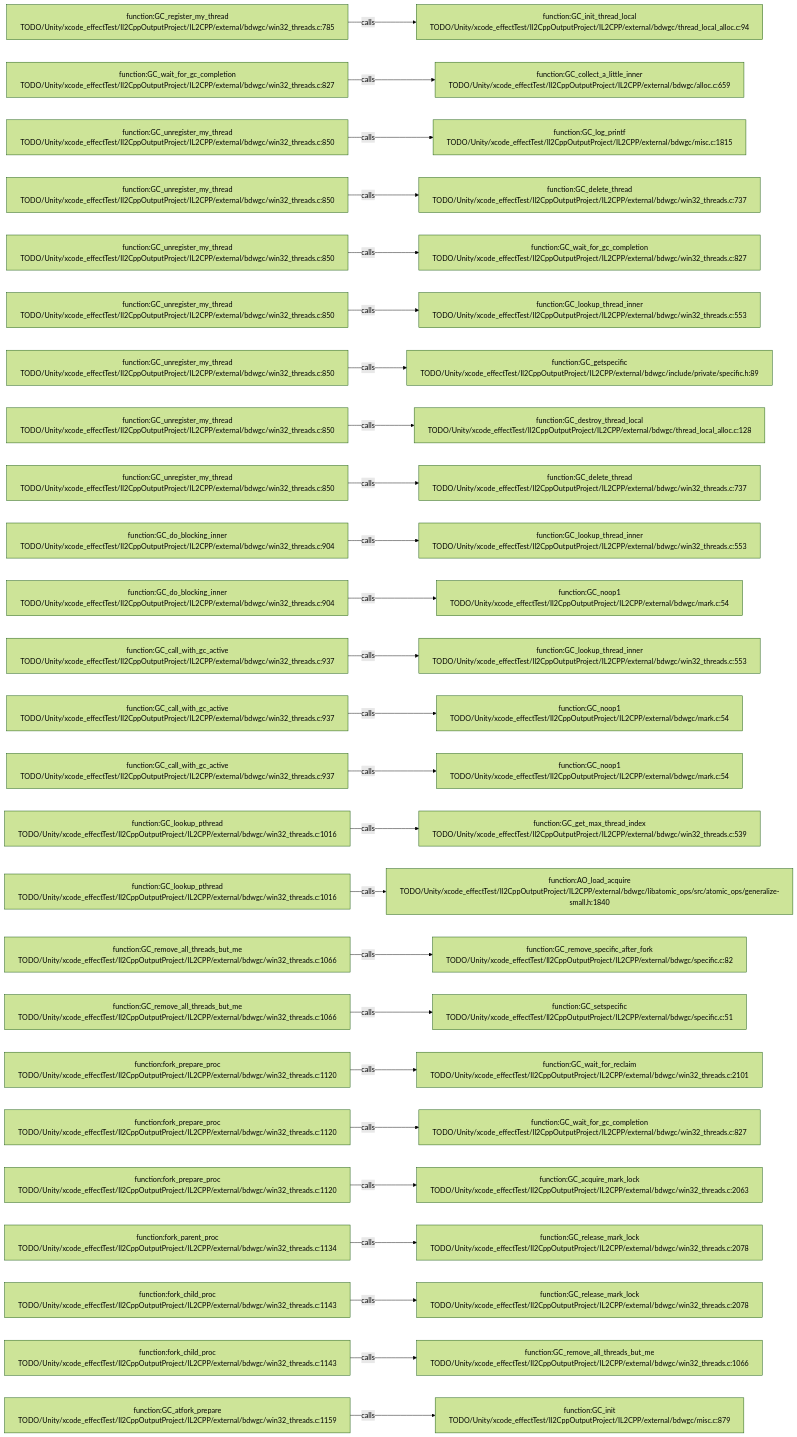
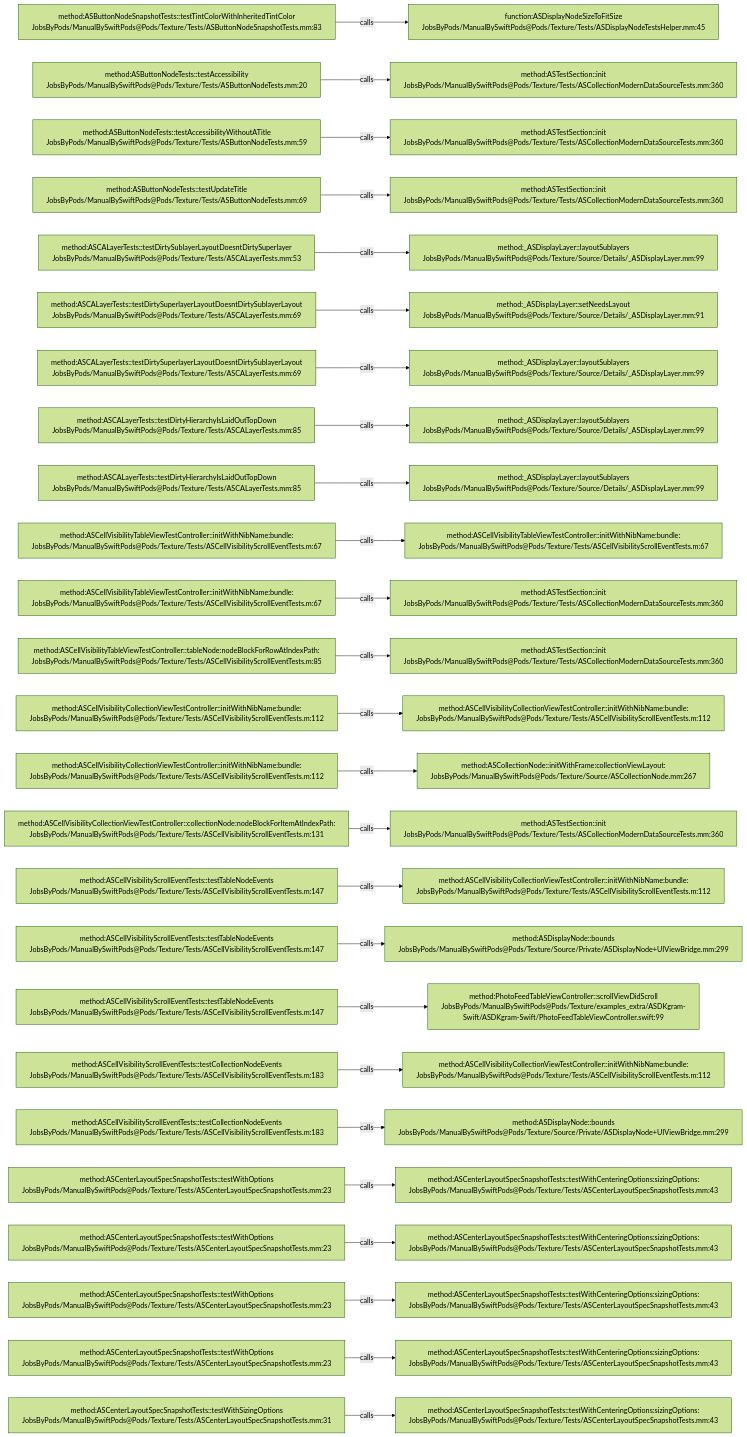
Before and after one commit to JobsKits/JobsSwiftBaseConfigDemo: the diagram in .codegraph/codegraph.md/graphs/calls-185.md, drawn with Mermaid (forest theme). The commit also changed 2959 other files, not shown here.

````diff
--- a/.codegraph/codegraph.md/graphs/calls-185.md
+++ b/.codegraph/codegraph.md/graphs/calls-185.md
@@ -13,78 +13,78 @@
 ```mermaid
 flowchart LR
-  S1["function:GC_register_my_thread<br/>TODO/Unity/xcode_effectTest/Il2CppOutputProject/IL2CPP/external/bdwgc/win32_threads.c:785"]
-  T1["function:GC_init_thread_local<br/>TODO/Unity/xcode_effectTest/Il2CppOutputProject/IL2CPP/external/bdwgc/thread_local_alloc.c:94"]
+  S1["method:ASButtonNodeSnapshotTests::testTintColorWithInheritedTintColor<br/>JobsByPods/ManualBySwiftPods@Pods/Texture/Tests/ASButtonNodeSnapshotTests.mm:83"]
+  T1["function:ASDisplayNodeSizeToFitSize<br/>JobsByPods/ManualBySwiftPods@Pods/Texture/Tests/ASDisplayNodeTestsHelper.mm:45"]
   S1 -->|calls| T1
-  S2["function:GC_wait_for_gc_completion<br/>TODO/Unity/xcode_effectTest/Il2CppOutputProject/IL2CPP/external/bdwgc/win32_threads.c:827"]
-  T2["function:GC_collect_a_little_inner<br/>TODO/Unity/xcode_effectTest/Il2CppOutputProject/IL2CPP/external/bdwgc/alloc.c:659"]
+  S2["method:ASButtonNodeTests::testAccessibility<br/>JobsByPods/ManualBySwiftPods@Pods/Texture/Tests/ASButtonNodeTests.mm:20"]
+  T2["method:ASTestSection::init<br/>JobsByPods/ManualBySwiftPods@Pods/Texture/Tests/ASCollectionModernDataSourceTests.mm:360"]
   S2 -->|calls| T2
-  S3["function:GC_unregister_my_thread<br/>TODO/Unity/xcode_effectTest/Il2CppOutputProject/IL2CPP/external/bdwgc/win32_threads.c:850"]
-  T3["function:GC_log_printf<br/>TODO/Unity/xcode_effectTest/Il2CppOutputProject/IL2CPP/external/bdwgc/misc.c:1815"]
+  S3["method:ASButtonNodeTests::testAccessibilityWithoutATitle<br/>JobsByPods/ManualBySwiftPods@Pods/Texture/Tests/ASButtonNodeTests.mm:59"]
+  T3["method:ASTestSection::init<br/>JobsByPods/ManualBySwiftPods@Pods/Texture/Tests/ASCollectionModernDataSourceTests.mm:360"]
   S3 -->|calls| T3
-  S4["function:GC_unregister_my_thread<br/>TODO/Unity/xcode_effectTest/Il2CppOutputProject/IL2CPP/external/bdwgc/win32_threads.c:850"]
-  T4["function:GC_delete_thread<br/>TODO/Unity/xcode_effectTest/Il2CppOutputProject/IL2CPP/external/bdwgc/win32_threads.c:737"]
+  S4["method:ASButtonNodeTests::testUpdateTitle<br/>JobsByPods/ManualBySwiftPods@Pods/Texture/Tests/ASButtonNodeTests.mm:69"]
+  T4["method:ASTestSection::init<br/>JobsByPods/ManualBySwiftPods@Pods/Texture/Tests/ASCollectionModernDataSourceTests.mm:360"]
   S4 -->|calls| T4
-  S5["function:GC_unregister_my_thread<br/>TODO/Unity/xcode_effectTest/Il2CppOutputProject/IL2CPP/external/bdwgc/win32_threads.c:850"]
-  T5["function:GC_wait_for_gc_completion<br/>TODO/Unity/xcode_effectTest/Il2CppOutputProject/IL2CPP/external/bdwgc/win32_threads.c:827"]
+  S5["method:ASCALayerTests::testDirtySublayerLayoutDoesntDirtySuperlayer<br/>JobsByPods/ManualBySwiftPods@Pods/Texture/Tests/ASCALayerTests.mm:53"]
+  T5["method:_ASDisplayLayer::layoutSublayers<br/>JobsByPods/ManualBySwiftPods@Pods/Texture/Source/Details/_ASDisplayLayer.mm:99"]
   S5 -->|calls| T5
-  S6["function:GC_unregister_my_thread<br/>TODO/Unity/xcode_effectTest/Il2CppOutputProject/IL2CPP/external/bdwgc/win32_threads.c:850"]
-  T6["function:GC_lookup_thread_inner<br/>TODO/Unity/xcode_effectTest/Il2CppOutputProject/IL2CPP/external/bdwgc/win32_threads.c:553"]
+  S6["method:ASCALayerTests::testDirtySuperlayerLayoutDoesntDirtySublayerLayout<br/>JobsByPods/ManualBySwiftPods@Pods/Texture/Tests/ASCALayerTests.mm:69"]
+  T6["method:_ASDisplayLayer::setNeedsLayout<br/>JobsByPods/ManualBySwiftPods@Pods/Texture/Source/Details/_ASDisplayLayer.mm:91"]
   S6 -->|calls| T6
-  S7["function:GC_unregister_my_thread<br/>TODO/Unity/xcode_effectTest/Il2CppOutputProject/IL2CPP/external/bdwgc/win32_threads.c:850"]
-  T7["function:GC_getspecific<br/>TODO/Unity/xcode_effectTest/Il2CppOutputProject/IL2CPP/external/bdwgc/include/private/specific.h:89"]
+  S7["method:ASCALayerTests::testDirtySuperlayerLayoutDoesntDirtySublayerLayout<br/>JobsByPods/ManualBySwiftPods@Pods/Texture/Tests/ASCALayerTests.mm:69"]
+  T7["method:_ASDisplayLayer::layoutSublayers<br/>JobsByPods/ManualBySwiftPods@Pods/Texture/Source/Details/_ASDisplayLayer.mm:99"]
   S7 -->|calls| T7
-  S8["function:GC_unregister_my_thread<br/>TODO/Unity/xcode_effectTest/Il2CppOutputProject/IL2CPP/external/bdwgc/win32_threads.c:850"]
-  T8["function:GC_destroy_thread_local<br/>TODO/Unity/xcode_effectTest/Il2CppOutputProject/IL2CPP/external/bdwgc/thread_local_alloc.c:128"]
+  S8["method:ASCALayerTests::testDirtyHierarchyIsLaidOutTopDown<br/>JobsByPods/ManualBySwiftPods@Pods/Texture/Tests/ASCALayerTests.mm:85"]
+  T8["method:_ASDisplayLayer::layoutSublayers<br/>JobsByPods/ManualBySwiftPods@Pods/Texture/Source/Details/_ASDisplayLayer.mm:99"]
   S8 -->|calls| T8
-  S9["function:GC_unregister_my_thread<br/>TODO/Unity/xcode_effectTest/Il2CppOutputProject/IL2CPP/external/bdwgc/win32_threads.c:850"]
-  T9["function:GC_delete_thread<br/>TODO/Unity/xcode_effectTest/Il2CppOutputProject/IL2CPP/external/bdwgc/win32_threads.c:737"]
+  S9["method:ASCALayerTests::testDirtyHierarchyIsLaidOutTopDown<br/>JobsByPods/ManualBySwiftPods@Pods/Texture/Tests/ASCALayerTests.mm:85"]
+  T9["method:_ASDisplayLayer::layoutSublayers<br/>JobsByPods/ManualBySwiftPods@Pods/Texture/Source/Details/_ASDisplayLayer.mm:99"]
   S9 -->|calls| T9
-  S10["function:GC_do_blocking_inner<br/>TODO/Unity/xcode_effectTest/Il2CppOutputProject/IL2CPP/external/bdwgc/win32_threads.c:904"]
-  T10["function:GC_lookup_thread_inner<br/>TODO/Unity/xcode_effectTest/Il2CppOutputProject/IL2CPP/external/bdwgc/win32_threads.c:553"]
+  S10["method:ASCellVisibilityTableViewTestController::initWithNibName:bundle:<br/>JobsByPods/ManualBySwiftPods@Pods/Texture/Tests/ASCellVisibilityScrollEventTests.m:67"]
+  T10["method:ASCellVisibilityTableViewTestController::initWithNibName:bundle:<br/>JobsByPods/ManualBySwiftPods@Pods/Texture/Tests/ASCellVisibilityScrollEventTests.m:67"]
   S10 -->|calls| T10
-  S11["function:GC_do_blocking_inner<br/>TODO/Unity/xcode_effectTest/Il2CppOutputProject/IL2CPP/external/bdwgc/win32_threads.c:904"]
-  T11["function:GC_noop1<br/>TODO/Unity/xcode_effectTest/Il2CppOutputProject/IL2CPP/external/bdwgc/mark.c:54"]
+  S11["method:ASCellVisibilityTableViewTestController::initWithNibName:bundle:<br/>JobsByPods/ManualBySwiftPods@Pods/Texture/Tests/ASCellVisibilityScrollEventTests.m:67"]
+  T11["method:ASTestSection::init<br/>JobsByPods/ManualBySwiftPods@Pods/Texture/Tests/ASCollectionModernDataSourceTests.mm:360"]
   S11 -->|calls| T11
-  S12["function:GC_call_with_gc_active<br/>TODO/Unity/xcode_effectTest/Il2CppOutputProject/IL2CPP/external/bdwgc/win32_threads.c:937"]
-  T12["function:GC_lookup_thread_inner<br/>TODO/Unity/xcode_effectTest/Il2CppOutputProject/IL2CPP/external/bdwgc/win32_threads.c:553"]
+  S12["method:ASCellVisibilityTableViewTestController::tableNode:nodeBlockForRowAtIndexPath:<br/>JobsByPods/ManualBySwiftPods@Pods/Texture/Tests/ASCellVisibilityScrollEventTests.m:85"]
+  T12["method:ASTestSection::init<br/>JobsByPods/ManualBySwiftPods@Pods/Texture/Tests/ASCollectionModernDataSourceTests.mm:360"]
   S12 -->|calls| T12
-  S13["function:GC_call_with_gc_active<br/>TODO/Unity/xcode_effectTest/Il2CppOutputProject/IL2CPP/external/bdwgc/win32_threads.c:937"]
-  T13["function:GC_noop1<br/>TODO/Unity/xcode_effectTest/Il2CppOutputProject/IL2CPP/external/bdwgc/mark.c:54"]
+  S13["method:ASCellVisibilityCollectionViewTestController::initWithNibName:bundle:<br/>JobsByPods/ManualBySwiftPods@Pods/Texture/Tests/ASCellVisibilityScrollEventTests.m:112"]
+  T13["method:ASCellVisibilityCollectionViewTestController::initWithNibName:bundle:<br/>JobsByPods/ManualBySwiftPods@Pods/Texture/Tests/ASCellVisibilityScrollEventTests.m:112"]
   S13 -->|calls| T13
-  S14["function:GC_call_with_gc_active<br/>TODO/Unity/xcode_effectTest/Il2CppOutputProject/IL2CPP/external/bdwgc/win32_threads.c:937"]
-  T14["function:GC_noop1<br/>TODO/Unity/xcode_effectTest/Il2CppOutputProject/IL2CPP/external/bdwgc/mark.c:54"]
+  S14["method:ASCellVisibilityCollectionViewTestController::initWithNibName:bundle:<br/>JobsByPods/ManualBySwiftPods@Pods/Texture/Tests/ASCellVisibilityScrollEventTests.m:112"]
+  T14["method:ASCollectionNode::initWithFrame:collectionViewLayout:<br/>JobsByPods/ManualBySwiftPods@Pods/Texture/Source/ASCollectionNode.mm:267"]
   S14 -->|calls| T14
-  S15["function:GC_lookup_pthread<br/>TODO/Unity/xcode_effectTest/Il2CppOutputProject/IL2CPP/external/bdwgc/win32_threads.c:1016"]
-  T15["function:GC_get_max_thread_index<br/>TODO/Unity/xcode_effectTest/Il2CppOutputProject/IL2CPP/external/bdwgc/win32_threads.c:539"]
+  S15["method:ASCellVisibilityCollectionViewTestController::collectionNode:nodeBlockForItemAtIndexPath:<br/>JobsByPods/ManualBySwiftPods@Pods/Texture/Tests/ASCellVisibilityScrollEventTests.m:131"]
+  T15["method:ASTestSection::init<br/>JobsByPods/ManualBySwiftPods@Pods/Texture/Tests/ASCollectionModernDataSourceTests.mm:360"]
   S15 -->|calls| T15
-  S16["function:GC_lookup_pthread<br/>TODO/Unity/xcode_effectTest/Il2CppOutputProject/IL2CPP/external/bdwgc/win32_threads.c:1016"]
-  T16["function:AO_load_acquire<br/>TODO/Unity/xcode_effectTest/Il2CppOutputProject/IL2CPP/external/bdwgc/libatomic_ops/src/atomic_ops/generalize-small.h:1840"]
+  S16["method:ASCellVisibilityScrollEventTests::testTableNodeEvents<br/>JobsByPods/ManualBySwiftPods@Pods/Texture/Tests/ASCellVisibilityScrollEventTests.m:147"]
+  T16["method:ASCellVisibilityCollectionViewTestController::initWithNibName:bundle:<br/>JobsByPods/ManualBySwiftPods@Pods/Texture/Tests/ASCellVisibilityScrollEventTests.m:112"]
   S16 -->|calls| T16
-  S17["function:GC_remove_all_threads_but_me<br/>TODO/Unity/xcode_effectTest/Il2CppOutputProject/IL2CPP/external/bdwgc/win32_threads.c:1066"]
-  T17["function:GC_remove_specific_after_fork<br/>TODO/Unity/xcode_effectTest/Il2CppOutputProject/IL2CPP/external/bdwgc/specific.c:82"]
+  S17["method:ASCellVisibilityScrollEventTests::testTableNodeEvents<br/>JobsByPods/ManualBySwiftPods@Pods/Texture/Tests/ASCellVisibilityScrollEventTests.m:147"]
+  T17["method:ASDisplayNode::bounds<br/>JobsByPods/ManualBySwiftPods@Pods/Texture/Source/Private/ASDisplayNode+UIViewBridge.mm:299"]
   S17 -->|calls| T17
-  S18["function:GC_remove_all_threads_but_me<br/>TODO/Unity/xcode_effectTest/Il2CppOutputProject/IL2CPP/external/bdwgc/win32_threads.c:1066"]
-  T18["function:GC_setspecific<br/>TODO/Unity/xcode_effectTest/Il2CppOutputProject/IL2CPP/external/bdwgc/specific.c:51"]
+  S18["method:ASCellVisibilityScrollEventTests::testTableNodeEvents<br/>JobsByPods/ManualBySwiftPods@Pods/Texture/Tests/ASCellVisibilityScrollEventTests.m:147"]
+  T18["method:PhotoFeedTableViewController::scrollViewDidScroll<br/>JobsByPods/ManualBySwiftPods@Pods/Texture/examples_extra/ASDKgram-Swift/ASDKgram-Swift/PhotoFeedTableViewController.swift:99"]
   S18 -->|calls| T18
-  S19["function:fork_prepare_proc<br/>TODO/Unity/xcode_effectTest/Il2CppOutputProject/IL2CPP/external/bdwgc/win32_threads.c:1120"]
-  T19["function:GC_wait_for_reclaim<br/>TODO/Unity/xcode_effectTest/Il2CppOutputProject/IL2CPP/external/bdwgc/win32_threads.c:2101"]
+  S19["method:ASCellVisibilityScrollEventTests::testCollectionNodeEvents<br/>JobsByPods/ManualBySwiftPods@Pods/Texture/Tests/ASCellVisibilityScrollEventTests.m:183"]
+  T19["method:ASCellVisibilityCollectionViewTestController::initWithNibName:bundle:<br/>JobsByPods/ManualBySwiftPods@Pods/Texture/Tests/ASCellVisibilityScrollEventTests.m:112"]
   S19 -->|calls| T19
-  S20["function:fork_prepare_proc<br/>TODO/Unity/xcode_effectTest/Il2CppOutputProject/IL2CPP/external/bdwgc/win32_threads.c:1120"]
-  T20["function:GC_wait_for_gc_completion<br/>TODO/Unity/xcode_effectTest/Il2CppOutputProject/IL2CPP/external/bdwgc/win32_threads.c:827"]
+  S20["method:ASCellVisibilityScrollEventTests::testCollectionNodeEvents<br/>JobsByPods/ManualBySwiftPods@Pods/Texture/Tests/ASCellVisibilityScrollEventTests.m:183"]
+  T20["method:ASDisplayNode::bounds<br/>JobsByPods/ManualBySwiftPods@Pods/Texture/Source/Private/ASDisplayNode+UIViewBridge.mm:299"]
   S20 -->|calls| T20
-  S21["function:fork_prepare_proc<br/>TODO/Unity/xcode_effectTest/Il2CppOutputProject/IL2CPP/external/bdwgc/win32_threads.c:1120"]
-  T21["function:GC_acquire_mark_lock<br/>TODO/Unity/xcode_effectTest/Il2CppOutputProject/IL2CPP/external/bdwgc/win32_threads.c:2063"]
+  S21["method:ASCenterLayoutSpecSnapshotTests::testWithOptions<br/>JobsByPods/ManualBySwiftPods@Pods/Texture/Tests/ASCenterLayoutSpecSnapshotTests.mm:23"]
+  T21["method:ASCenterLayoutSpecSnapshotTests::testWithCenteringOptions:sizingOptions:<br/>JobsByPods/ManualBySwiftPods@Pods/Texture/Tests/ASCenterLayoutSpecSnapshotTests.mm:43"]
   S21 -->|calls| T21
-  S22["function:fork_parent_proc<br/>TODO/Unity/xcode_effectTest/Il2CppOutputProject/IL2CPP/external/bdwgc/win32_threads.c:1134"]
-  T22["function:GC_release_mark_lock<br/>TODO/Unity/xcode_effectTest/Il2CppOutputProject/IL2CPP/external/bdwgc/win32_threads.c:2078"]
+  S22["method:ASCenterLayoutSpecSnapshotTests::testWithOptions<br/>JobsByPods/ManualBySwiftPods@Pods/Texture/Tests/ASCenterLayoutSpecSnapshotTests.mm:23"]
+  T22["method:ASCenterLayoutSpecSnapshotTests::testWithCenteringOptions:sizingOptions:<br/>JobsByPods/ManualBySwiftPods@Pods/Texture/Tests/ASCenterLayoutSpecSnapshotTests.mm:43"]
   S22 -->|calls| T22
-  S23["function:fork_child_proc<br/>TODO/Unity/xcode_effectTest/Il2CppOutputProject/IL2CPP/external/bdwgc/win32_threads.c:1143"]
-  T23["function:GC_release_mark_lock<br/>TODO/Unity/xcode_effectTest/Il2CppOutputProject/IL2CPP/external/bdwgc/win32_threads.c:2078"]
+  S23["method:ASCenterLayoutSpecSnapshotTests::testWithOptions<br/>JobsByPods/ManualBySwiftPods@Pods/Texture/Tests/ASCenterLayoutSpecSnapshotTests.mm:23"]
+  T23["method:ASCenterLayoutSpecSnapshotTests::testWithCenteringOptions:sizingOptions:<br/>JobsByPods/ManualBySwiftPods@Pods/Texture/Tests/ASCenterLayoutSpecSnapshotTests.mm:43"]
   S23 -->|calls| T23
-  S24["function:fork_child_proc<br/>TODO/Unity/xcode_effectTest/Il2CppOutputProject/IL2CPP/external/bdwgc/win32_threads.c:1143"]
-  T24["function:GC_remove_all_threads_but_me<br/>TODO/Unity/xcode_effectTest/Il2CppOutputProject/IL2CPP/external/bdwgc/win32_threads.c:1066"]
+  S24["method:ASCenterLayoutSpecSnapshotTests::testWithOptions<br/>JobsByPods/ManualBySwiftPods@Pods/Texture/Tests/ASCenterLayoutSpecSnapshotTests.mm:23"]
+  T24["method:ASCenterLayoutSpecSnapshotTests::testWithCenteringOptions:sizingOptions:<br/>JobsByPods/ManualBySwiftPods@Pods/Texture/Tests/ASCenterLayoutSpecSnapshotTests.mm:43"]
   S24 -->|calls| T24
-  S25["function:GC_atfork_prepare<br/>TODO/Unity/xcode_effectTest/Il2CppOutputProject/IL2CPP/external/bdwgc/win32_threads.c:1159"]
-  T25["function:GC_init<br/>TODO/Unity/xcode_effectTest/Il2CppOutputProject/IL2CPP/external/bdwgc/misc.c:879"]
+  S25["method:ASCenterLayoutSpecSnapshotTests::testWithSizingOptions<br/>JobsByPods/ManualBySwiftPods@Pods/Texture/Tests/ASCenterLayoutSpecSnapshotTests.mm:31"]
+  T25["method:ASCenterLayoutSpecSnapshotTests::testWithCenteringOptions:sizingOptions:<br/>JobsByPods/ManualBySwiftPods@Pods/Texture/Tests/ASCenterLayoutSpecSnapshotTests.mm:43"]
   S25 -->|calls| T25
 ```
````
